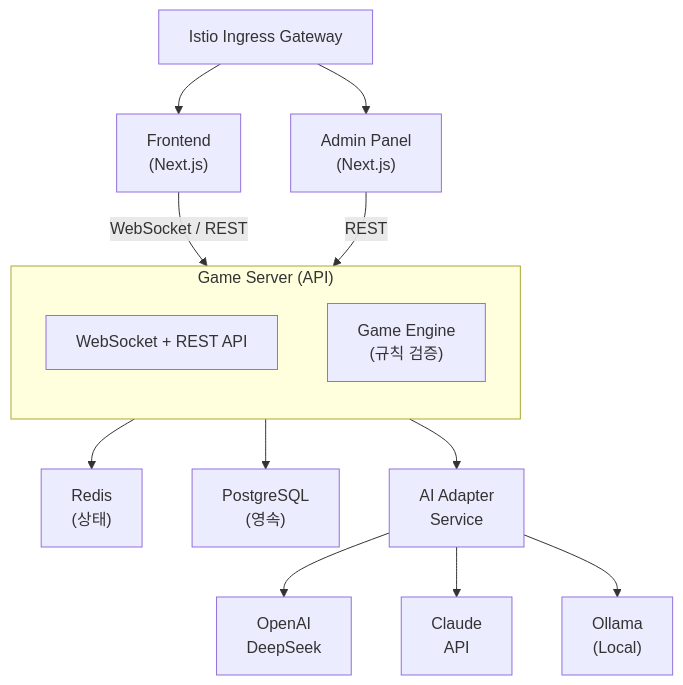
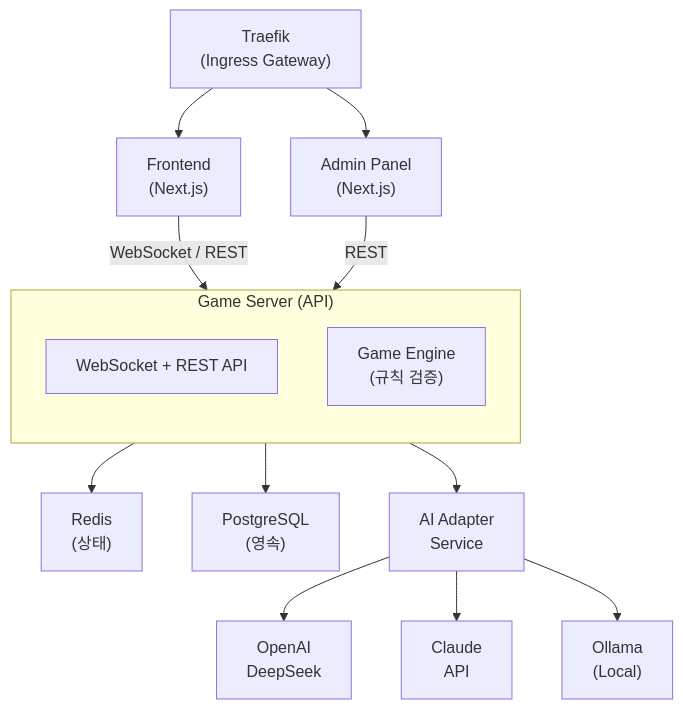
The first of 12 diagrams in docs/02-design/01-architecture.md (k82022603/RummiArena), drawn with Mermaid before and after one commit. The commit also changed other lines of this file and 27 other files, not shown here.

````diff
--- a/docs/02-design/01-architecture.md
+++ b/docs/02-design/01-architecture.md
@@ -5,21 +5,21 @@
 ```mermaid
 graph TB
-    Ingress["Istio Ingress Gateway"]
+    Ingress["Traefik\n(Ingress Gateway)"]
     Ingress --> FE["Frontend\n(Next.js)"]
     Ingress --> Admin["Admin Panel\n(Next.js)"]
     FE -->|"WebSocket / REST"| GS
     Admin -->|"REST"| GS
 
     subgraph GS["Game Server (API)"]
         direction TB
         API["WebSocket + REST API"]
         Engine["Game Engine\n(규칙 검증)"]
     end
 
     GS --> Redis["Redis\n(상태)"]
     GS --> PG["PostgreSQL\n(영속)"]
     GS --> AI["AI Adapter\nService"]
     AI --> OpenAI["OpenAI\nDeepSeek"]
     AI --> Claude["Claude\nAPI"]
     AI --> Ollama["Ollama\n(Local)"]
 ```
````
